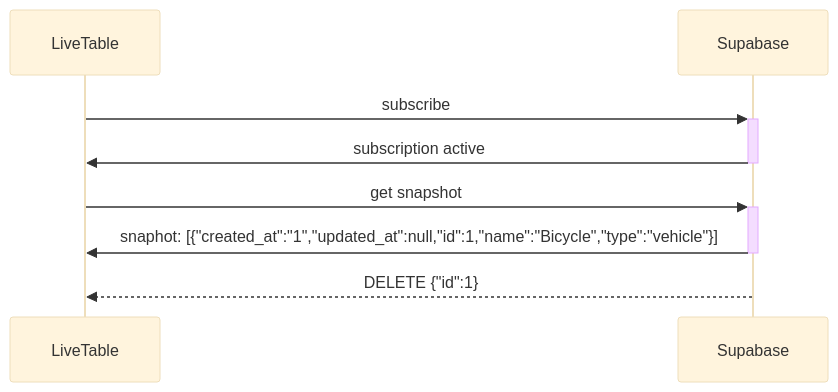
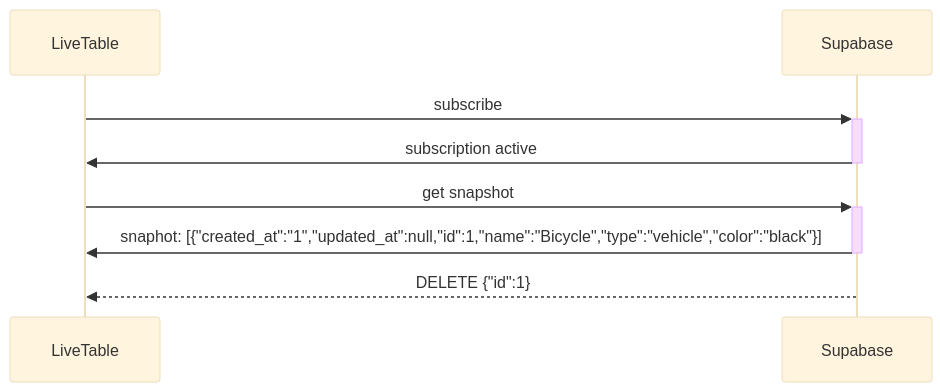
The diagram in docs/sequence-diagrams/replays-deletes-that-arrived-after-the-snapshot.md (openartmarket/supabase-live-table), drawn with Mermaid (base theme) before and after one commit. The commit also changed 10 other files, not shown here.

````diff
--- a/docs/sequence-diagrams/replays-deletes-that-arrived-after-the-snapshot.md
+++ b/docs/sequence-diagrams/replays-deletes-that-arrived-after-the-snapshot.md
@@ -3,8 +3,8 @@
 ```mermaid
 sequenceDiagram
   LiveTable->>+Supabase: subscribe
   Supabase->>-LiveTable: subscription active
   LiveTable->>+Supabase: get snapshot
-  Supabase->>-LiveTable: snaphot: [{"created_at":"1","updated_at":null,"id":1,"name":"Bicycle","type":"vehicle"}]
+  Supabase->>-LiveTable: snaphot: [{"created_at":"1","updated_at":null,"id":1,"name":"Bicycle","type":"vehicle","color":"black"}]
   Supabase-->>LiveTable: DELETE {"id":1}
 ```
````
